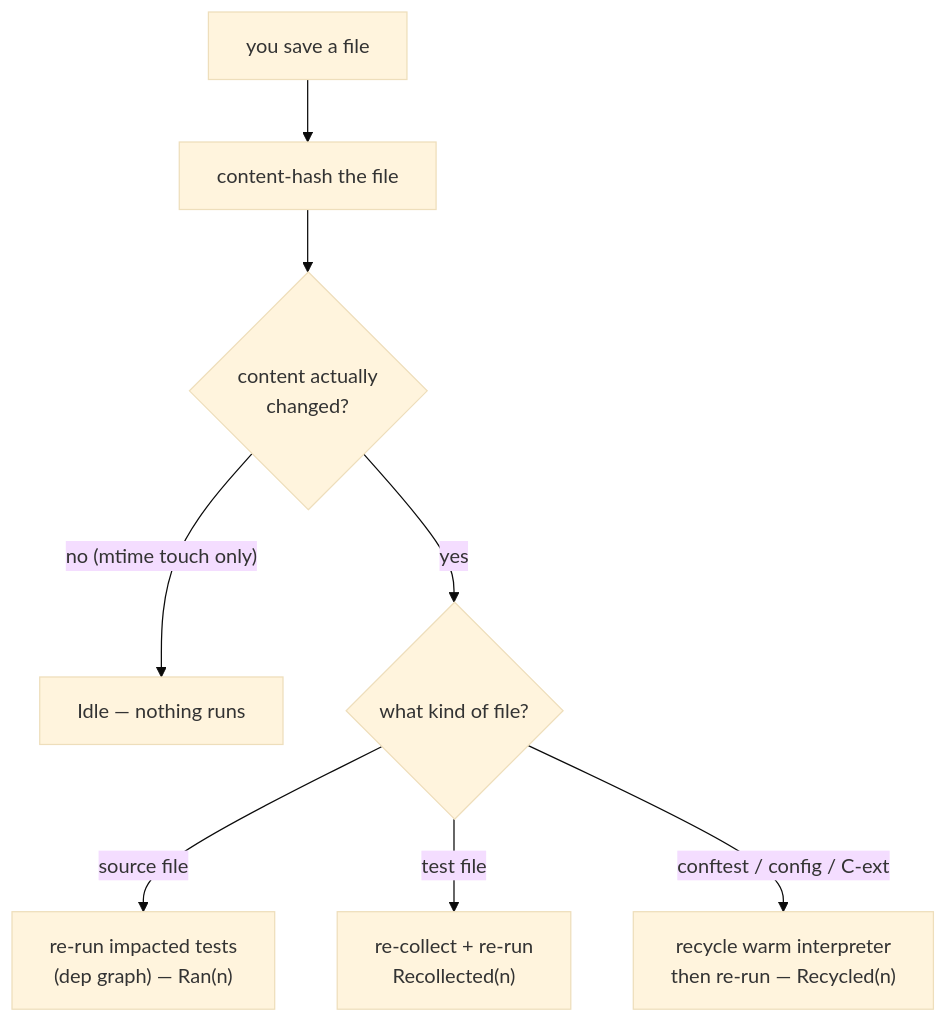
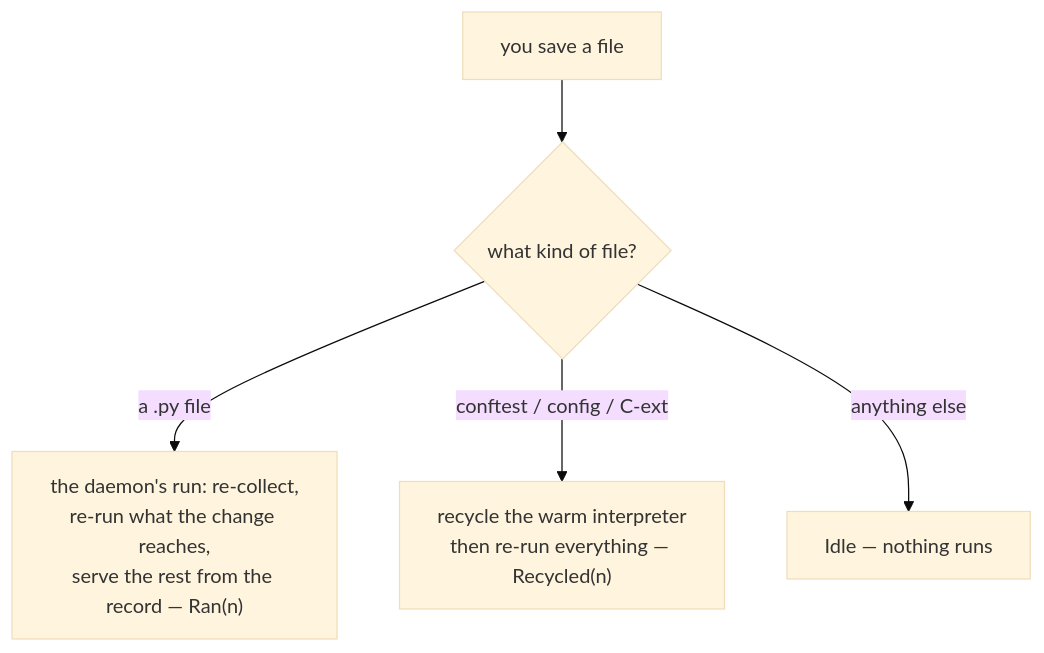
Before and after one commit to snoodleboot-io/tiderace: the diagram in docs/guides/watch.md, drawn with Mermaid (base theme). The commit also changed other lines of this file and 10 other files, not shown here.

````diff
--- a/docs/guides/watch.md
+++ b/docs/guides/watch.md
@@ -21,10 +21,7 @@
 ```mermaid
 flowchart TD
-    SAVE["you save a file"] --> HASH["content-hash the file"]
-    HASH --> SAME{"content actually<br/>changed?"}
-    SAME -->|"no (mtime touch only)"| IDLE["Idle — nothing runs"]
-    SAME -->|yes| KIND{"what kind of file?"}
-    KIND -->|"source file"| IMP["re-run impacted tests<br/>(dep graph) — Ran(n)"]
-    KIND -->|"test file"| REC["re-collect + re-run<br/>Recollected(n)"]
-    KIND -->|"conftest / config / C-ext"| RCY["recycle warm interpreter<br/>then re-run — Recycled(n)"]
+    SAVE["you save a file"] --> KIND{"what kind of file?"}
+    KIND -->|"a .py file"| RUN["the daemon's run: re-collect,<br/>re-run what the change reaches,<br/>serve the rest from the record — Ran(n)"]
+    KIND -->|"conftest / config / C-ext"| RCY["recycle the warm interpreter<br/>then re-run everything — Recycled(n)"]
+    KIND -->|"anything else"| IDLE["Idle — nothing runs"]
 ```
````
